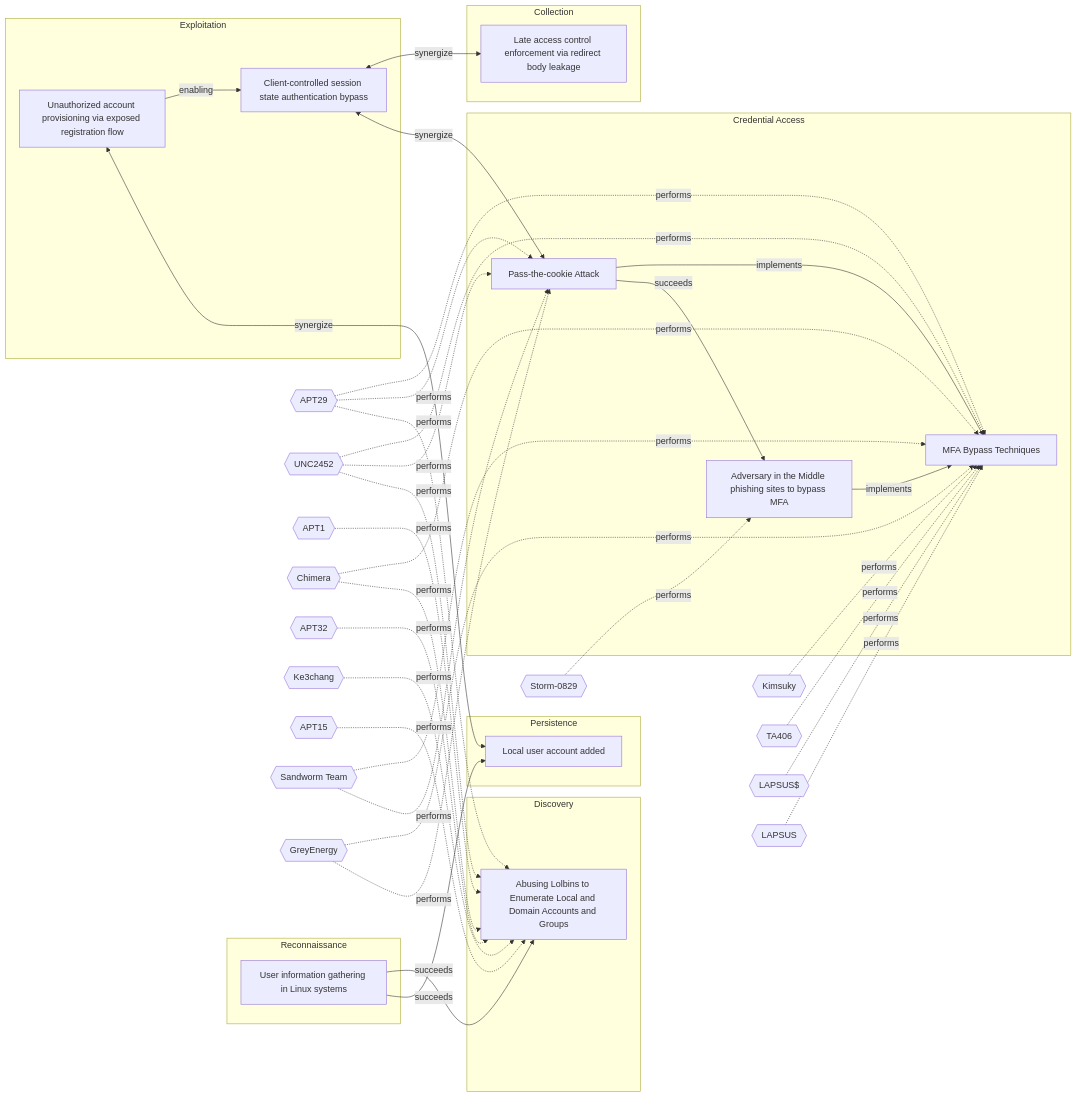
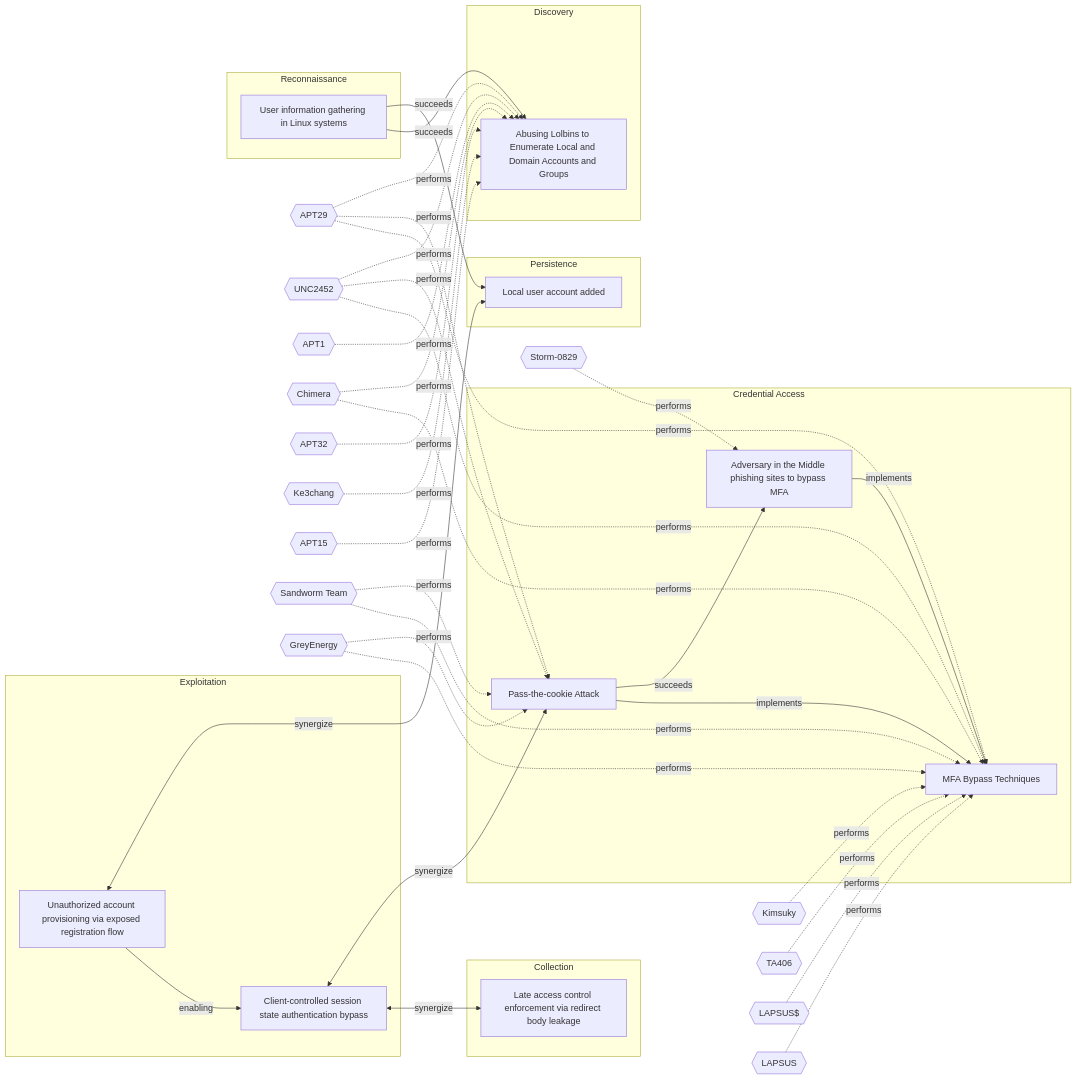
The diagram in Models/Threat Vectors/☣️ Local user account added.md (OpenTideHQ/WikiTide), drawn with Mermaid before and after one commit. The commit also changed other lines of this file and 48 other files, not shown here.

```diff
--- a/Models/Threat Vectors/☣️ Local user account added.md
+++ b/Models/Threat Vectors/☣️ Local user account added.md
@@ -87,28 +87,28 @@
 
 flowchart LR
 
+3d7dada6-5f9d-4f67-952e-faa2ab794fde[Unauthorized account provisioning via exposed registration flow]
+e2d8ce6b-f21e-4444-a828-0c6b722a9c93[Local user account added]
+38adba1e-0961-4417-bd84-33fa9c42439f[Client-controlled session state authentication bypass]
 8bc82ff8-e106-4377-98f1-2cb912631ffa[User information gathering in Linux systems]
-e2d8ce6b-f21e-4444-a828-0c6b722a9c93[Local user account added]
 3b1026c6-7d04-4b91-ba6f-abc68e993616[Abusing Lolbins to Enumerate Local and Domain Accounts and Groups]
-3d7dada6-5f9d-4f67-952e-faa2ab794fde[Unauthorized account provisioning via exposed registration flow]
-38adba1e-0961-4417-bd84-33fa9c42439f[Client-controlled session state authentication bypass]
 b0d6bf74-b204-4a48-9509-4499ed795771[Pass-the-cookie Attack]
 0663c192-cdeb-49a2-994c-4cc8e98f764e[Late access control enforcement via redirect body leakage]
 66aafb61-9a46-4287-8b40-4785b42b77a3[Adversary in the Middle phishing sites to bypass MFA]
 4a807ac4-f764-41b1-ae6f-94239041d349[MFA Bypass Techniques]
 
-subgraph Reconnaissance
-8bc82ff8-e106-4377-98f1-2cb912631ffa
+subgraph Exploitation
+3d7dada6-5f9d-4f67-952e-faa2ab794fde
+38adba1e-0961-4417-bd84-33fa9c42439f
 end
 subgraph Persistence
 e2d8ce6b-f21e-4444-a828-0c6b722a9c93
 end
+subgraph Reconnaissance
+8bc82ff8-e106-4377-98f1-2cb912631ffa
+end
 subgraph Discovery
 3b1026c6-7d04-4b91-ba6f-abc68e993616
-end
-subgraph Exploitation
-3d7dada6-5f9d-4f67-952e-faa2ab794fde
-38adba1e-0961-4417-bd84-33fa9c42439f
 end
 subgraph Credential Access
 b0d6bf74-b204-4a48-9509-4499ed795771
@@ -156,10 +156,10 @@
 LAPSUS$ -.-> |performs| 4a807ac4-f764-41b1-ae6f-94239041d349
 LAPSUS -.-> |performs| 4a807ac4-f764-41b1-ae6f-94239041d349
 
+3d7dada6-5f9d-4f67-952e-faa2ab794fde <-->|synergize| e2d8ce6b-f21e-4444-a828-0c6b722a9c93
+3d7dada6-5f9d-4f67-952e-faa2ab794fde -->|enabling| 38adba1e-0961-4417-bd84-33fa9c42439f
 8bc82ff8-e106-4377-98f1-2cb912631ffa -->|succeeds| e2d8ce6b-f21e-4444-a828-0c6b722a9c93
 8bc82ff8-e106-4377-98f1-2cb912631ffa -->|succeeds| 3b1026c6-7d04-4b91-ba6f-abc68e993616
-3d7dada6-5f9d-4f67-952e-faa2ab794fde <-->|synergize| e2d8ce6b-f21e-4444-a828-0c6b722a9c93
-3d7dada6-5f9d-4f67-952e-faa2ab794fde -->|enabling| 38adba1e-0961-4417-bd84-33fa9c42439f
 38adba1e-0961-4417-bd84-33fa9c42439f <-->|synergize| b0d6bf74-b204-4a48-9509-4499ed795771
 38adba1e-0961-4417-bd84-33fa9c42439f <-->|synergize| 0663c192-cdeb-49a2-994c-4cc8e98f764e
 b0d6bf74-b204-4a48-9509-4499ed795771 -->|succeeds| 66aafb61-9a46-4287-8b40-4785b42b77a3
```
